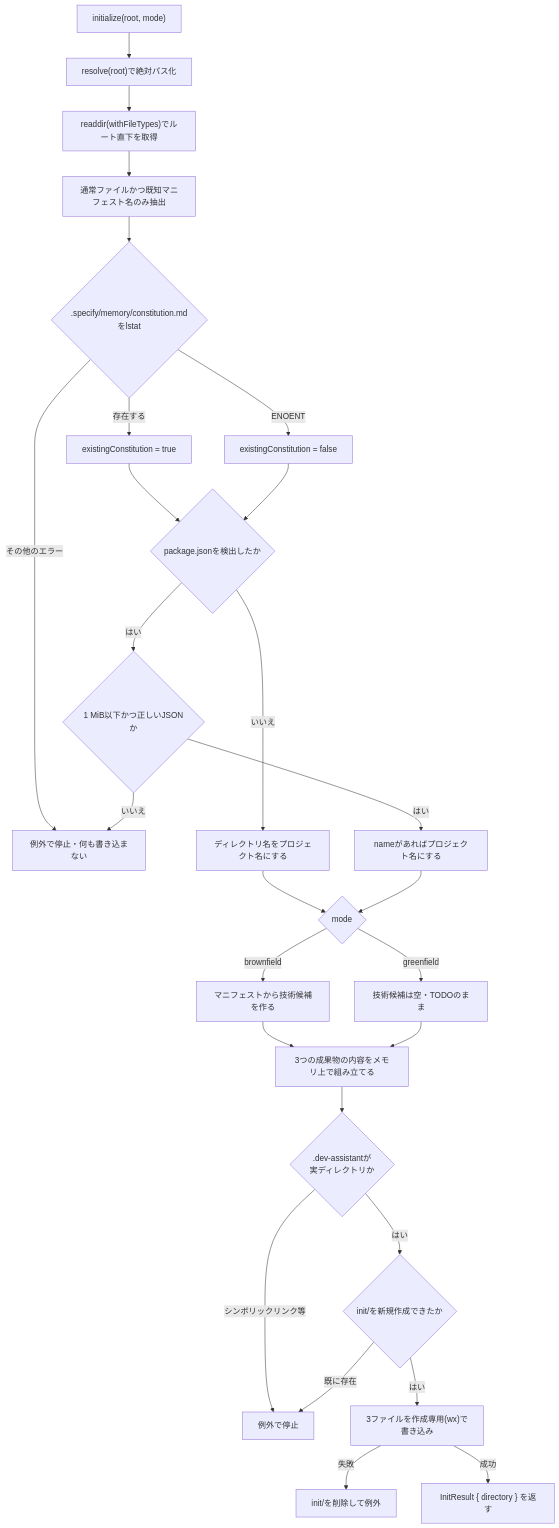
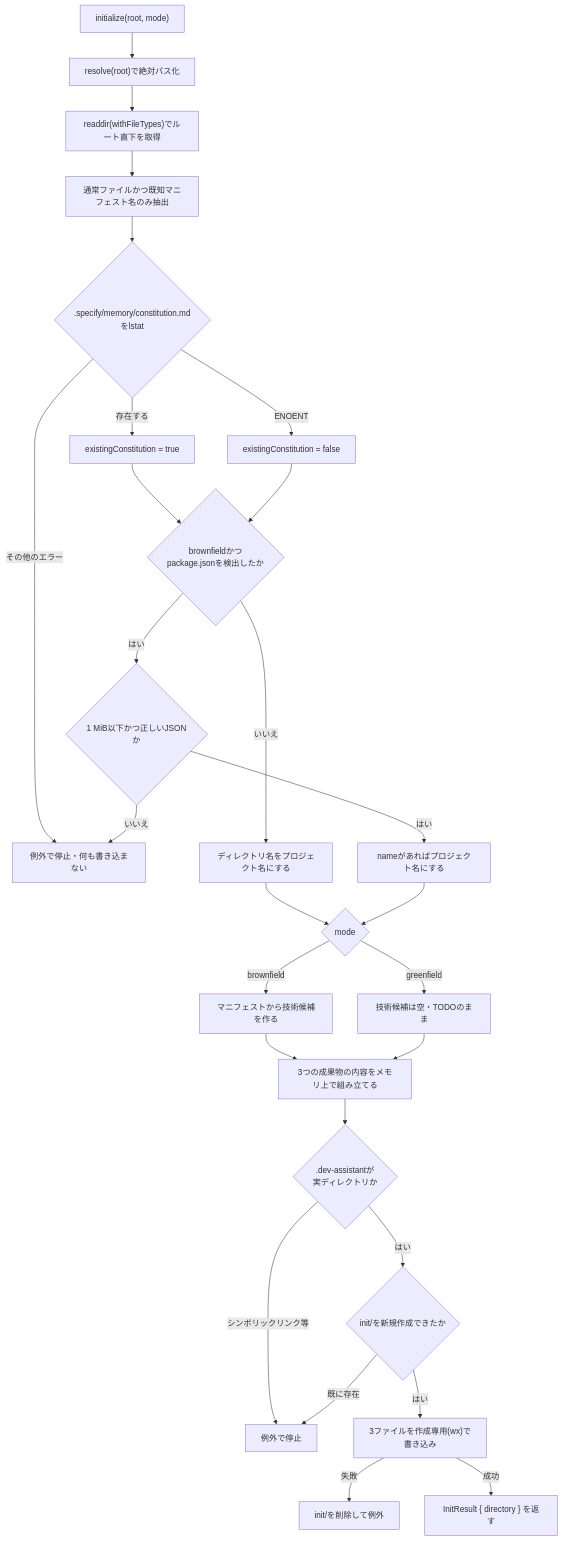
One commit to bluerabbits69/ai-driven-assistant-cli changed the third of 4 diagrams in docs/architecture.md. Above: the diagram before and after it, drawn with Mermaid. The commit also changed other lines of this file and 3 other files, not shown here.

````diff
--- a/docs/architecture.md
+++ b/docs/architecture.md
@@ -190,29 +190,29 @@
 ```mermaid
 flowchart TD
     A["initialize(root, mode)"] --> B["resolve(root)で絶対パス化"]
     B --> C["readdir(withFileTypes)でルート直下を取得"]
     C --> D["通常ファイルかつ既知マニフェスト名のみ抽出"]
     D --> E{".specify/memory/constitution.md<br>をlstat"}
     E -->|存在する| E1[existingConstitution = true]
     E -->|ENOENT| E2[existingConstitution = false]
     E -->|その他のエラー| X[例外で停止・何も書き込まない]
-    E1 --> F{package.jsonを検出したか}
+    E1 --> F{brownfieldかつ<br>package.jsonを検出したか}
     E2 --> F
     F -->|いいえ| G[ディレクトリ名をプロジェクト名にする]
     F -->|はい| H{1 MiB以下かつ正しいJSONか}
     H -->|いいえ| X
     H -->|はい| I[nameがあればプロジェクト名にする]
     G --> J{mode}
     I --> J
     J -->|brownfield| K[マニフェストから技術候補を作る]
     J -->|greenfield| K2[技術候補は空・TODOのまま]
     K --> L[3つの成果物の内容をメモリ上で組み立てる]
     K2 --> L
     L --> M{".dev-assistantが<br>実ディレクトリか"}
     M -->|シンボリックリンク等| X2[例外で停止]
     M -->|はい| N{"init/を新規作成できたか"}
     N -->|既に存在| X2
     N -->|はい| O["3ファイルを作成専用(wx)で書き込み"]
     O -->|失敗| P[init/を削除して例外]
     O -->|成功| Q["InitResult { directory } を返す"]
 ```
````
